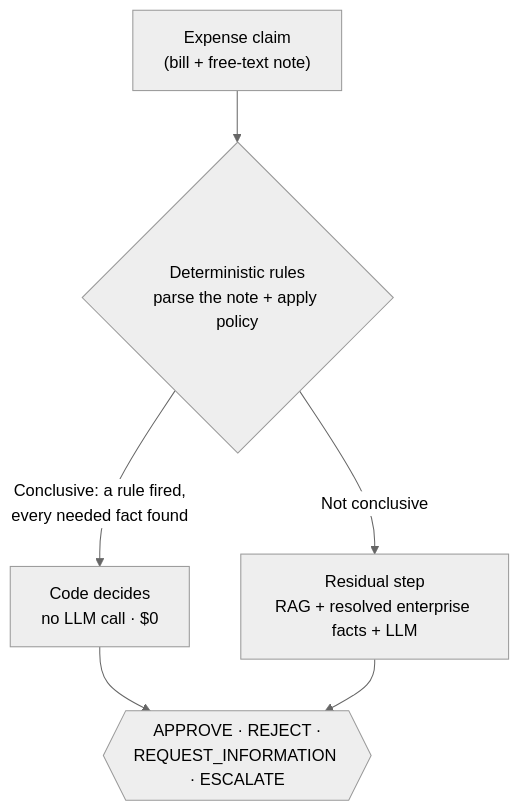
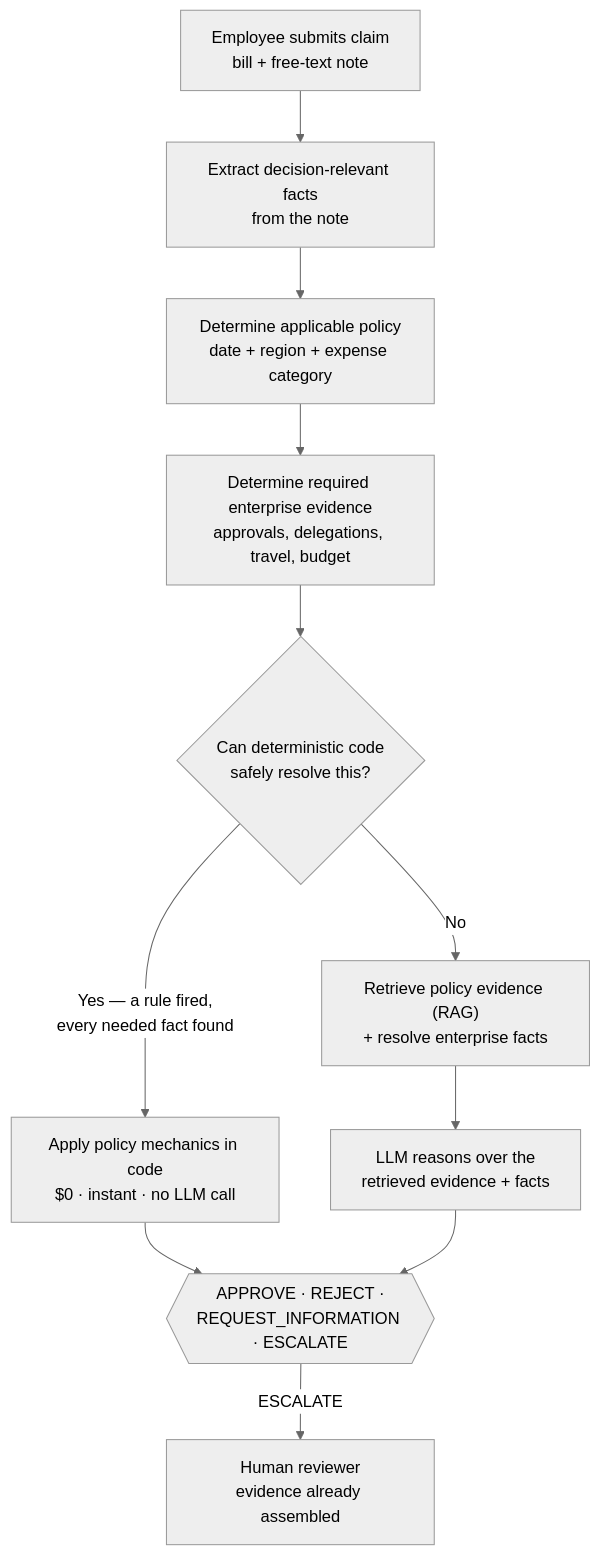
The second of 2 diagrams in README.md (roshantushar/ExpenseGuard-Resolves-Expense-Claims-with-Evidence), drawn with Mermaid (neutral theme) before and after one commit. The commit also changed other lines of this file and 144 other files, not shown here.

````diff
--- a/README.md
+++ b/README.md
@@ -78,8 +177,13 @@
 ```mermaid
 flowchart TD
-    A["Expense claim<br/>(bill + free-text note)"] --> B{"Deterministic rules<br/>parse the note + apply policy"}
-    B -->|"Conclusive: a rule fired,<br/>every needed fact found"| C["Code decides<br/>no LLM call · $0"]
-    B -->|"Not conclusive"| D["Residual step<br/>RAG + resolved enterprise facts + LLM"]
-    C --> E{{"APPROVE · REJECT ·<br/>REQUEST_INFORMATION · ESCALATE"}}
-    D --> E
+    A["Employee submits claim<br/>bill + free-text note"] --> B["Extract decision-relevant facts<br/>from the note"]
+    B --> C["Determine applicable policy<br/>date + region + expense category"]
+    C --> D["Determine required enterprise evidence<br/>approvals, delegations, travel, budget"]
+    D --> E{"Can deterministic code<br/>safely resolve this?"}
+    E -->|"Yes — a rule fired,<br/>every needed fact found"| F["Apply policy mechanics in code<br/>$0 · instant · no LLM call"]
+    E -->|"No"| G["Retrieve policy evidence (RAG)<br/>+ resolve enterprise facts"]
+    G --> H["LLM reasons over the<br/>retrieved evidence + facts"]
+    F --> I{{"APPROVE · REJECT ·<br/>REQUEST_INFORMATION · ESCALATE"}}
+    H --> I
+    I -->|"ESCALATE"| J["Human reviewer<br/>evidence already assembled"]
 ```
````
